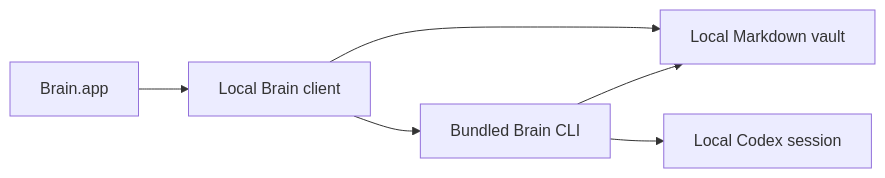
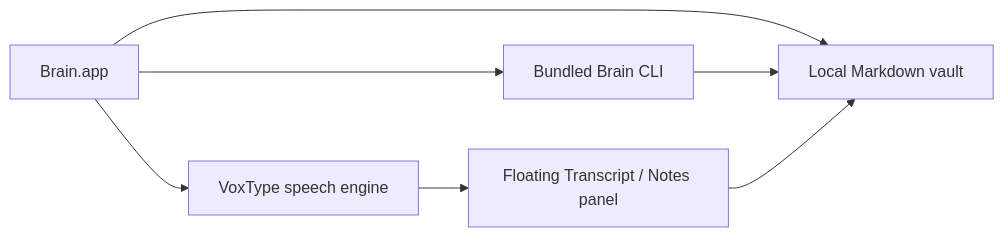
One commit to reissui/vox-brain changed the diagram in SYSTEM.md. Above: the diagram before and after it, drawn with Mermaid. The commit also changed other lines of this file and 205 other files, not shown here.

````diff
--- a/SYSTEM.md
+++ b/SYSTEM.md
@@ -27,8 +21,9 @@
 ```mermaid
 flowchart LR
-    App["Brain.app"] --> Client["Local Brain client"]
-    Client --> Vault["Local Markdown vault"]
-    Client --> CLI["Bundled Brain CLI"]
+    App["Brain.app"] --> Vault["Local Markdown vault"]
+    App --> VoxType["VoxType speech engine"]
+    App --> CLI["Bundled Brain CLI"]
     CLI --> Vault
-    CLI --> Codex["Local Codex session"]
+    VoxType --> Panel["Floating Transcript / Notes panel"]
+    Panel --> Vault
 ```
````
